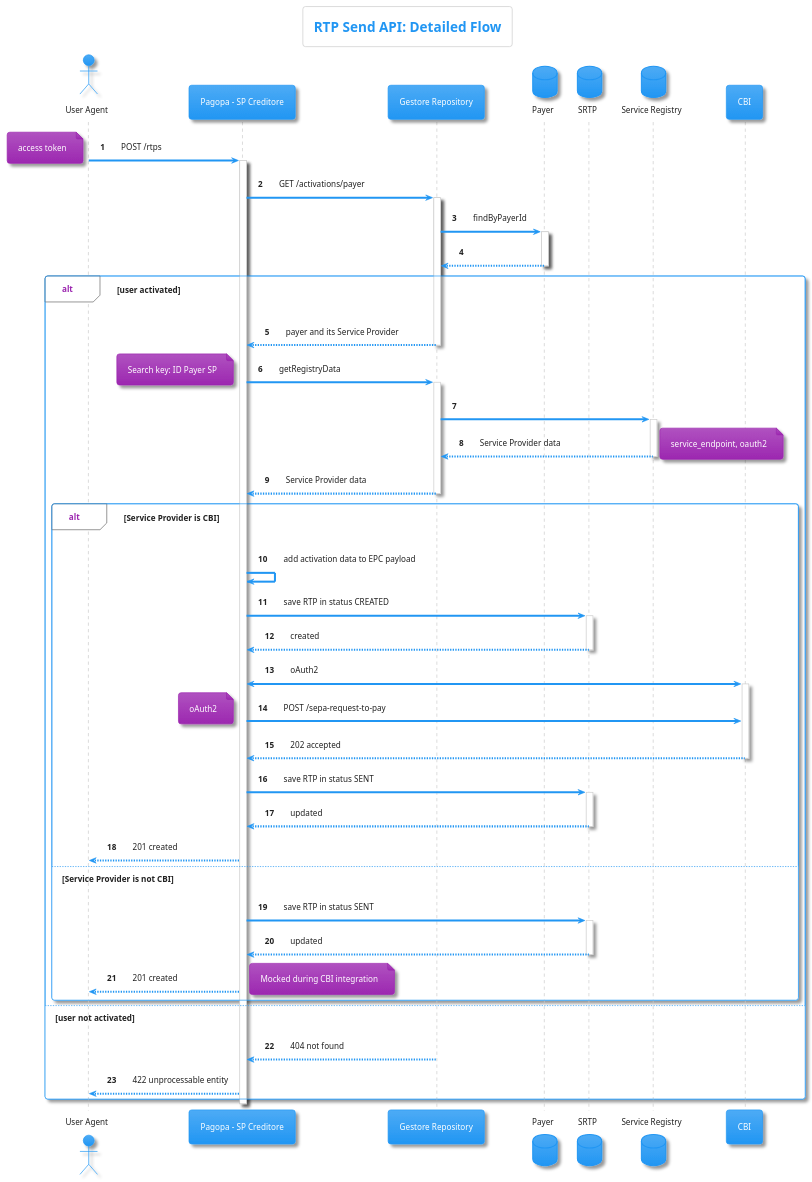
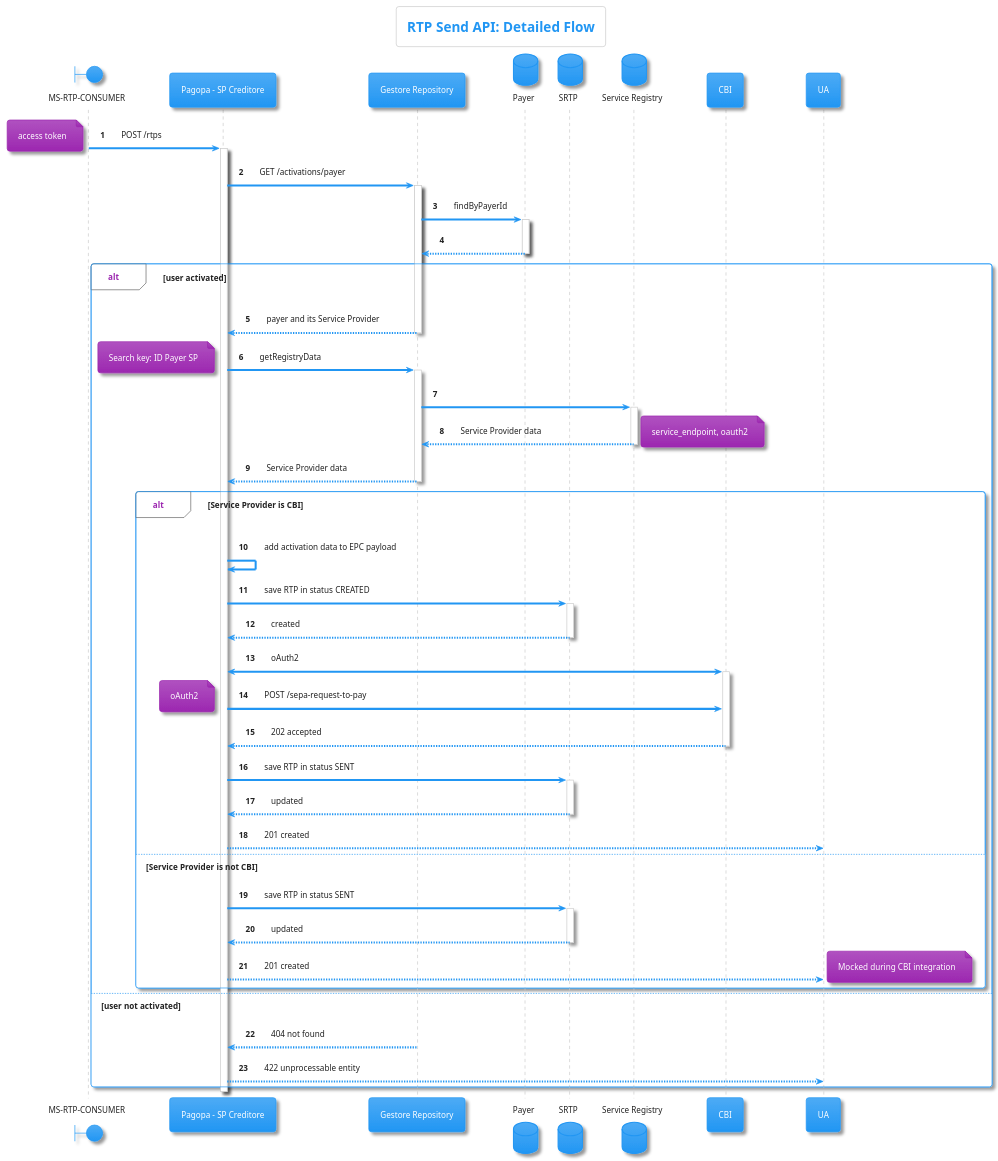
One commit to pagopa/rtp-docs changed the diagram in diagrams/send.puml. Above: the diagram before and after it, drawn with PlantUML.

Commit message:
SRTP-1229-update-dr-sender

```diff
--- a/diagrams/send.puml
+++ b/diagrams/send.puml
@@ -1,90 +1,91 @@
 @startuml
 ' PlantUML Diagram for RTP Send API
 ' Title: Detailed RTP Send Sequence Diagram
 ' Version: 1.0.0
 ' Description: This diagram shows the detailed internal process for creating 
 '              and sending a new RTP from a pagoPa notice.
 
 !theme materia
 
 title RTP Send API: Detailed Flow
 
-actor "User Agent" as UA
+boundary "MS-RTP-CONSUMER" as RTPC
+
 participant "Pagopa - SP Creditore" as SPC
 participant "Gestore Repository" as GR
 database "Payer" as Payer
 database "SRTP" as SRTP
 database "Service Registry" as SR
 participant "CBI" as SPD
 
 autonumber
 
-UA -> SPC: POST /rtps
+RTPC -> SPC: POST /rtps
 note left: access token
 activate SPC
 
 SPC -> GR: GET /activations/payer
 activate GR
 GR -> Payer: findByPayerId
 activate Payer
 Payer --> GR
 deactivate Payer
 
 alt user activated
     GR --> SPC: payer and its Service Provider
     deactivate GR
 
     SPC -> GR: getRegistryData
     note left: Search key: ID Payer SP
     activate GR
     GR -> SR
     activate SR
     SR --> GR: Service Provider data
     note right: service_endpoint, oauth2
     deactivate SR
     GR --> SPC: Service Provider data
     deactivate GR
 
     alt Service Provider is CBI
         SPC -> SPC: add activation data to EPC payload
 
         SPC -> SRTP: save RTP in status CREATED
         activate SRTP
         SRTP --> SPC: created
         deactivate SRTP
 
         SPC <-> SPD: oAuth2
         activate SPD
 
         SPC -> SPD: POST /sepa-request-to-pay
         note left: oAuth2
         SPD --> SPC: 202 accepted
         deactivate SPD
 
         SPC -> SRTP: save RTP in status SENT
         activate SRTP
         SRTP --> SPC: updated
         deactivate SRTP
 
         SPC --> UA: 201 created
 
     else Service Provider is not CBI
         SPC -> SRTP: save RTP in status SENT
         activate SRTP
         SRTP --> SPC: updated
         deactivate SRTP
 
         SPC --> UA: 201 created
         note right: Mocked during CBI integration
     end
 
 else user not activated
     activate GR
     GR --> SPC: 404 not found
     deactivate GR
     SPC --> UA: 422 unprocessable entity
 end
 
 deactivate SPC
 
 @enduml
```
